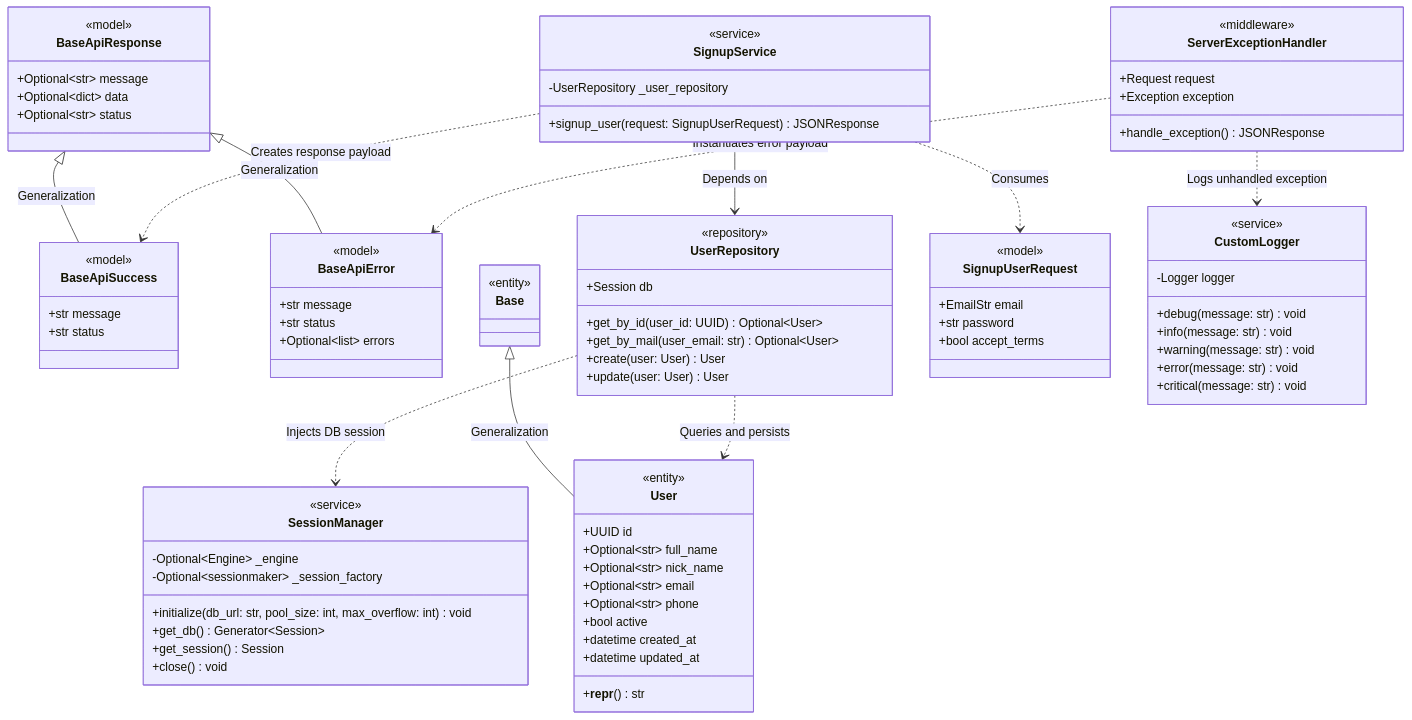
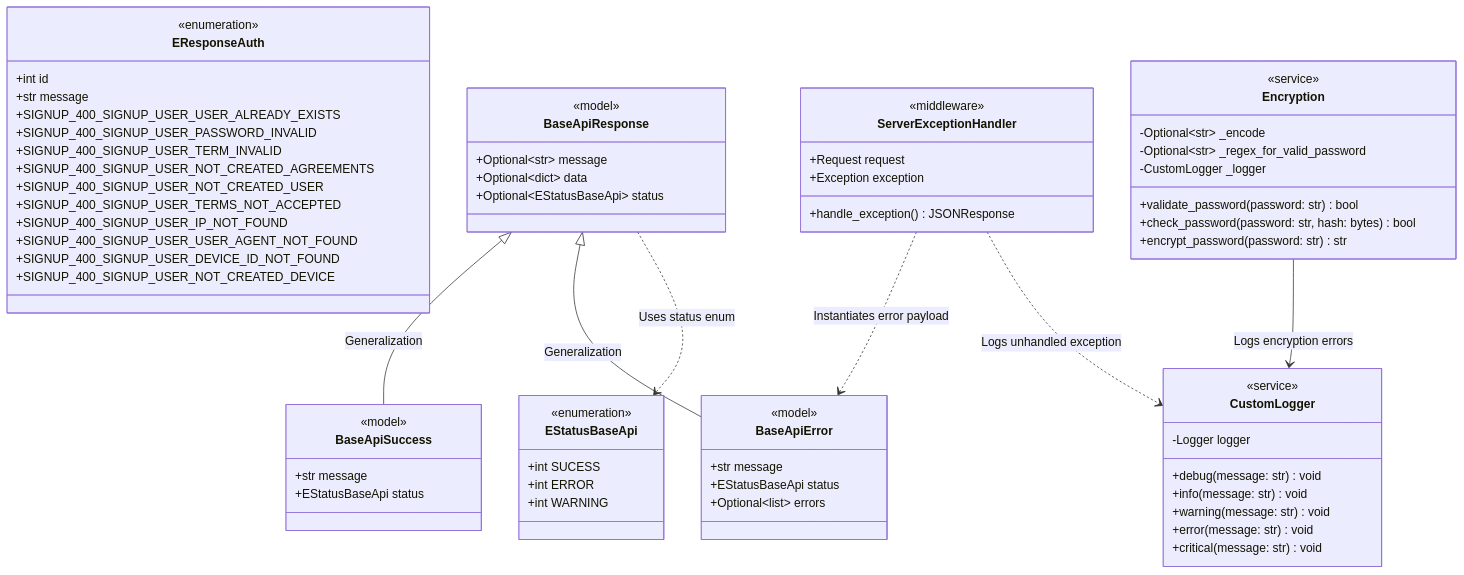
The first of 2 diagrams in Documentation/config/docs/backend/domain/auth.md (pedrovtof/Nievo-Sofia), drawn with Mermaid before and after one commit. The commit also changed other lines of this file and 32 other files, not shown here.

First line of the commit message:
feat(auth): complete user signup with encryption, terms, and device

````diff
--- a/Documentation/config/docs/backend/domain/auth.md
+++ b/Documentation/config/docs/backend/domain/auth.md
@@ -12,74 +14,48 @@
 ```mermaid
 classDiagram
     direction TB
+
+    class EStatusBaseApi {
+        <<enumeration>>
+        +int SUCESS
+        +int ERROR
+        +int WARNING
+    }
+
+    class EResponseAuth {
+        <<enumeration>>
+        +int id
+        +str message
+        +SIGNUP_400_SIGNUP_USER_USER_ALREADY_EXISTS
+        +SIGNUP_400_SIGNUP_USER_PASSWORD_INVALID
+        +SIGNUP_400_SIGNUP_USER_TERM_INVALID
+        +SIGNUP_400_SIGNUP_USER_NOT_CREATED_AGREEMENTS
+        +SIGNUP_400_SIGNUP_USER_NOT_CREATED_USER
+        +SIGNUP_400_SIGNUP_USER_TERMS_NOT_ACCEPTED
+        +SIGNUP_400_SIGNUP_USER_IP_NOT_FOUND
+        +SIGNUP_400_SIGNUP_USER_USER_AGENT_NOT_FOUND
+        +SIGNUP_400_SIGNUP_USER_DEVICE_ID_NOT_FOUND
+        +SIGNUP_400_SIGNUP_USER_NOT_CREATED_DEVICE
+    }
 
     class BaseApiResponse {
         <<model>>
         +Optional~str~ message
         +Optional~dict~ data
-        +Optional~str~ status
+        +Optional~EStatusBaseApi~ status
     }
 
     class BaseApiSuccess {
         <<model>>
         +str message
-        +str status
+        +EStatusBaseApi status
     }
 
     class BaseApiError {
         <<model>>
         +str message
-        +str status
+        +EStatusBaseApi status
         +Optional~list~ errors
-    }
-
-    class Base {
-        <<entity>>
-    }
-
-    class User {
-        <<entity>>
-        +UUID id
-        +Optional~str~ full_name
-        +Optional~str~ nick_name
-        +Optional~str~ email
-        +Optional~str~ phone
-        +bool active
-        +datetime created_at
-        +datetime updated_at
-        +__repr__() str
-    }
-
-    class SessionManager {
-        <<service>>
-        -Optional~Engine~ _engine
-        -Optional~sessionmaker~ _session_factory
-        +initialize(db_url: str, pool_size: int, max_overflow: int) void
-        +get_db() Generator~Session~
-        +get_session() Session
-        +close() void
-    }
-
-    class UserRepository {
-        <<repository>>
-        +Session db
-        +get_by_id(user_id: UUID) Optional~User~
-        +get_by_mail(user_email: str) Optional~User~
-        +create(user: User) User
-        +update(user: User) User
-    }
-
-    class SignupUserRequest {
-        <<model>>
-        +EmailStr email
-        +str password
-        +bool accept_terms
-    }
-
-    class SignupService {
-        <<service>>
-        -UserRepository _user_repository
-        +signup_user(request: SignupUserRequest) JSONResponse
     }
 
     class CustomLogger {
@@ -92,6 +68,16 @@
         +critical(message: str) void
     }
 
+    class Encryption {
+        <<service>>
+        -Optional~str~ _encode
+        -Optional~str~ _regex_for_valid_password
+        -CustomLogger _logger
+        +validate_password(password: str) bool
+        +check_password(password: str, hash: bytes) bool
+        +encrypt_password(password: str) str
+    }
+
     class ServerExceptionHandler {
         <<middleware>>
         +Request request
@@ -101,12 +87,8 @@
 
     BaseApiResponse <|-- BaseApiSuccess : Generalization
     BaseApiResponse <|-- BaseApiError : Generalization
-    Base <|-- User : Generalization
-    SignupService --> UserRepository : Depends on
-    SignupService ..> SignupUserRequest : Consumes
-    SignupService ..> BaseApiSuccess : Creates response payload
-    UserRepository ..> SessionManager : Injects DB session
-    UserRepository ..> User : Queries and persists
+    BaseApiResponse ..> EStatusBaseApi : Uses status enum
+    Encryption --> CustomLogger : Logs encryption errors
     ServerExceptionHandler ..> BaseApiError : Instantiates error payload
     ServerExceptionHandler ..> CustomLogger : Logs unhandled exception
 ```
````
